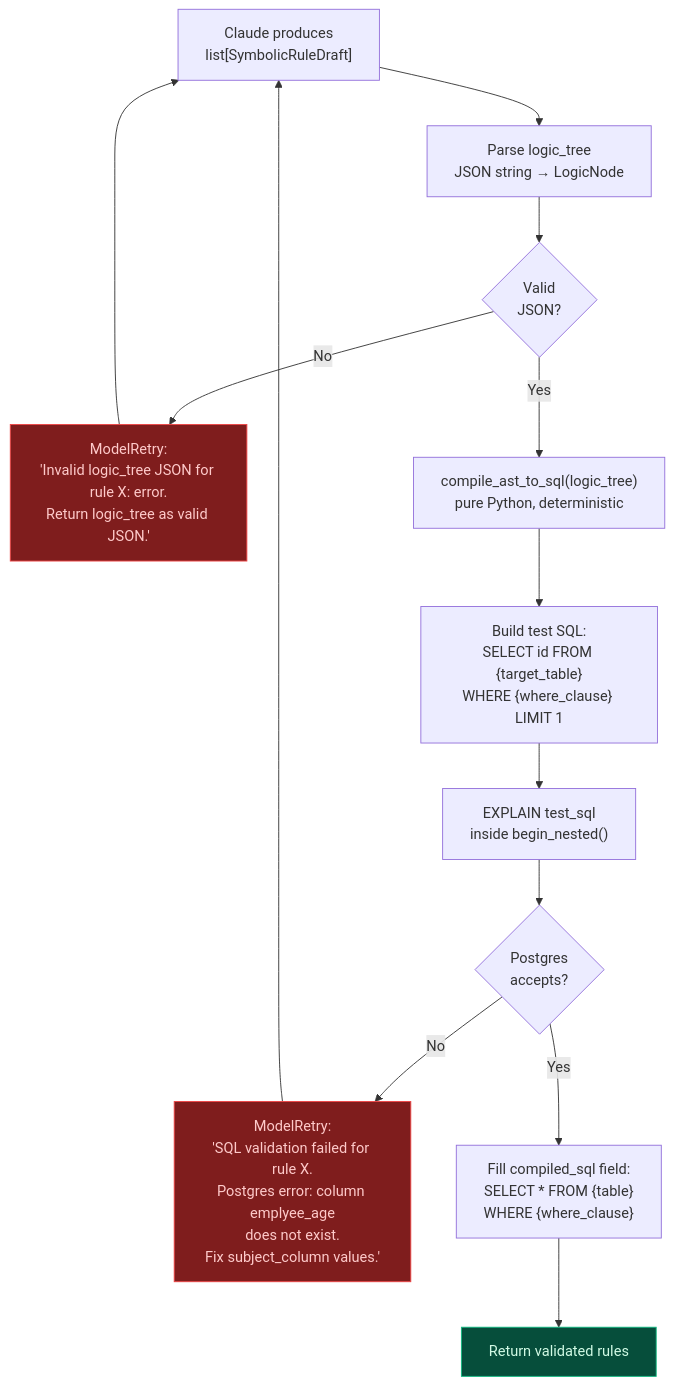
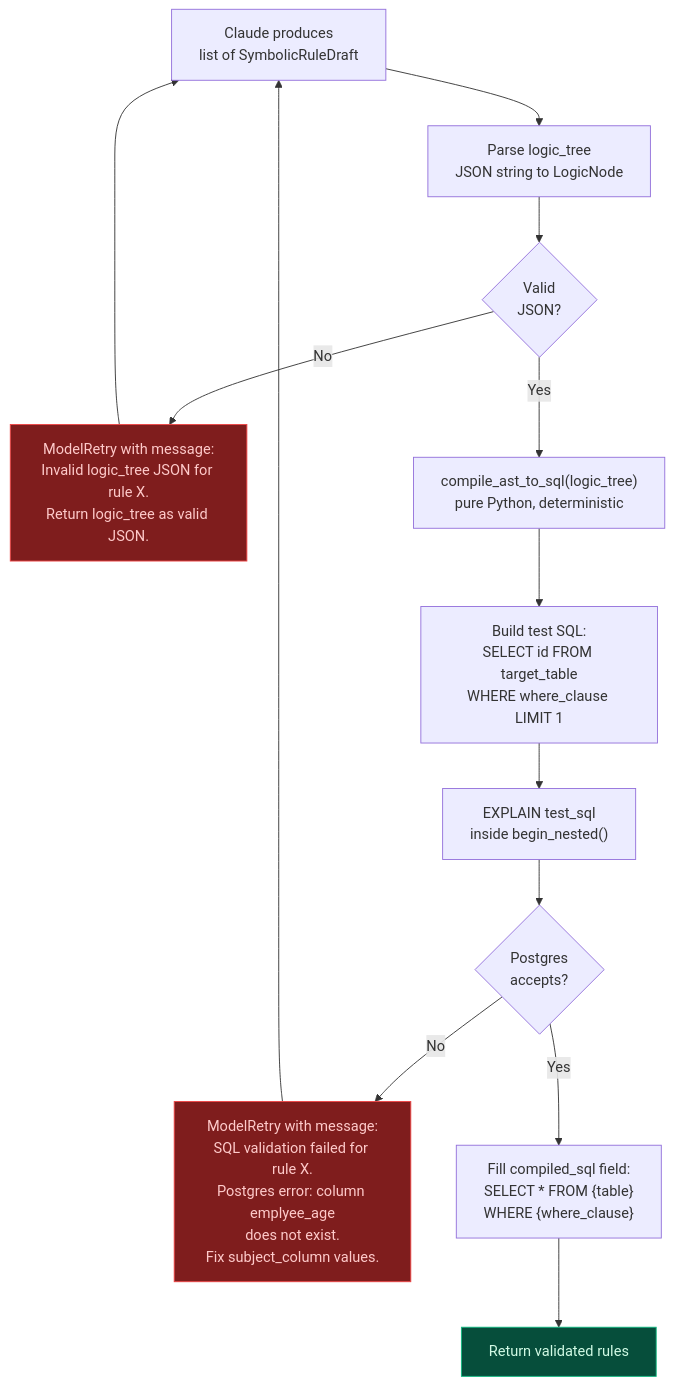
Before and after one commit to ShivamB25/TraceRule: the sixth of 9 diagrams in docs/AGENT_COLLABORATION.md, drawn with Mermaid. The commit also changed other lines of this file, not shown here.

Commit message:
docs: Improve readability and rendering of diagrams in AGENT_COLLABORATION.md by replacing newlines with HTML breaks and clarifying text descriptions.

````diff
--- a/docs/AGENT_COLLABORATION.md
+++ b/docs/AGENT_COLLABORATION.md
@@ -276,23 +276,23 @@
 ```mermaid
 flowchart TD
-    CLAUDE["Claude produces\nlist[SymbolicRuleDraft]"] --> PARSE["Parse logic_tree\nJSON string → LogicNode"]
+    CLAUDE["Claude produces<br/>list of SymbolicRuleDraft"] --> PARSE["Parse logic_tree<br/>JSON string to LogicNode"]
 
-    PARSE --> PARSE_OK{"Valid\nJSON?"}
-    PARSE_OK -- "No" --> RETRY_JSON["ModelRetry:\n'Invalid logic_tree JSON for rule X: error.\nReturn logic_tree as valid JSON.'"]
+    PARSE --> PARSE_OK{"Valid<br/>JSON?"}
+    PARSE_OK -- "No" --> RETRY_JSON["ModelRetry with message:<br/>Invalid logic_tree JSON for rule X.<br/>Return logic_tree as valid JSON."]
     RETRY_JSON --> CLAUDE
 
-    PARSE_OK -- "Yes" --> COMPILE["compile_ast_to_sql(logic_tree)\npure Python, deterministic"]
-    COMPILE --> BUILD["Build test SQL:\nSELECT id FROM {target_table}\nWHERE {where_clause} LIMIT 1"]
-    BUILD --> EXPLAIN["EXPLAIN test_sql\ninside begin_nested()"]
+    PARSE_OK -- "Yes" --> COMPILE["compile_ast_to_sql(logic_tree)<br/>pure Python, deterministic"]
+    COMPILE --> BUILD["Build test SQL:<br/>SELECT id FROM target_table<br/>WHERE where_clause LIMIT 1"]
+    BUILD --> EXPLAIN["EXPLAIN test_sql<br/>inside begin_nested()"]
 
-    EXPLAIN --> PG_OK{"Postgres\naccepts?"}
-    PG_OK -- "No" --> RETRY_SQL["ModelRetry:\n'SQL validation failed for rule X.\nPostgres error: column emplyee_age\ndoes not exist.\nFix subject_column values.'"]
+    EXPLAIN --> PG_OK{"Postgres<br/>accepts?"}
+    PG_OK -- "No" --> RETRY_SQL["ModelRetry with message:<br/>SQL validation failed for rule X.<br/>Postgres error: column emplyee_age<br/>does not exist.<br/>Fix subject_column values."]
     RETRY_SQL --> CLAUDE
 
-    PG_OK -- "Yes" --> FILL["Fill compiled_sql field:\nSELECT * FROM {table}\nWHERE {where_clause}"]
+    PG_OK -- "Yes" --> FILL["Fill compiled_sql field:<br/>SELECT * FROM {table}<br/>WHERE {where_clause}"]
     FILL --> DONE["Return validated rules"]
 
     style RETRY_JSON fill:#7f1d1d,stroke:#ef4444,color:#fecaca
     style RETRY_SQL fill:#7f1d1d,stroke:#ef4444,color:#fecaca
     style DONE fill:#064e3b,stroke:#10b981,color:#d1fae5
 ```
````
